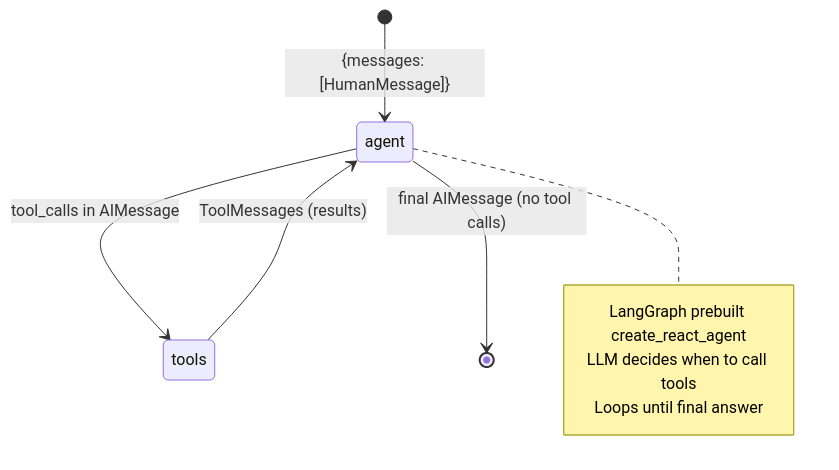
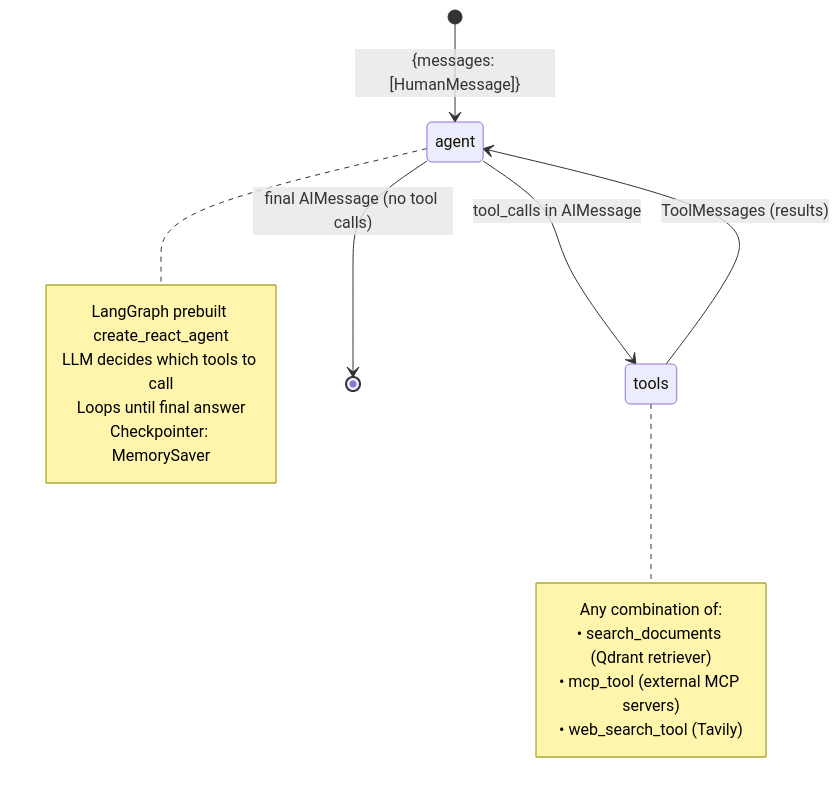
The tenth of 13 diagrams in chatly-agent/ARCHITECTURE.md (giasinguyen/chatly-messaging-platform), drawn with Mermaid before and after one commit. The commit also changed other lines of this file and 26 other files, not shown here.

First line of the commit message:
Refactor chat service and agent architecture

````diff
--- a/chatly-agent/ARCHITECTURE.md
+++ b/chatly-agent/ARCHITECTURE.md
@@ -323,13 +308,21 @@
 ```mermaid
 stateDiagram-v2
     [*] --> agent : {messages: [HumanMessage]}
     agent --> tools : tool_calls in AIMessage
     tools --> agent : ToolMessages (results)
     agent --> [*] : final AIMessage (no tool calls)
 
     note right of agent
         LangGraph prebuilt create_react_agent
-        LLM decides when to call tools
+        LLM decides which tools to call
         Loops until final answer
+        Checkpointer: MemorySaver
+    end note
+
+    note right of tools
+        Any combination of:
+        • search_documents (Qdrant retriever)
+        • mcp_tool (external MCP servers)
+        • web_search_tool (Tavily)
     end note
 ```
````
